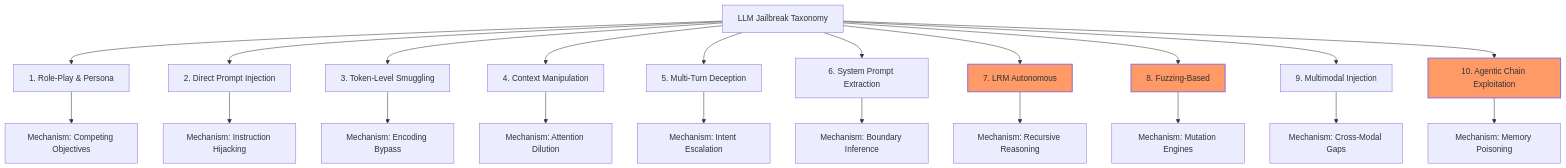
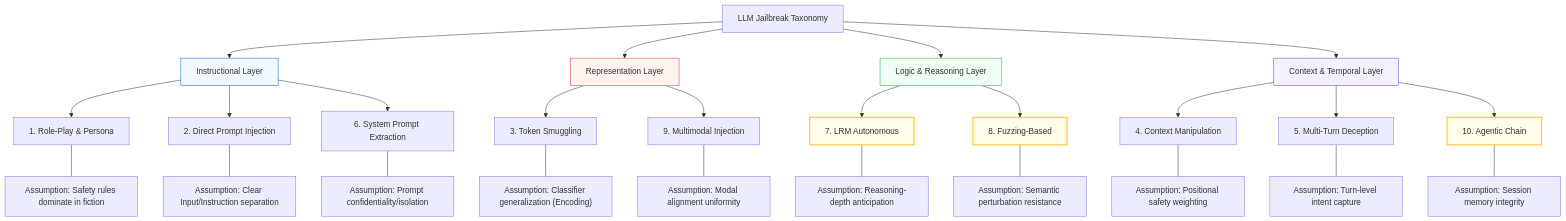
The diagram in README.md (zakky8/llm-jailbreak-taxonomy), drawn with Mermaid before and after one commit. The commit also changed other lines of this file, not shown here.

Commit message:
docs: redesign taxonomy roadmap to group layers and map safety assumptions

````diff
--- a/README.md
+++ b/README.md
@@ -20,28 +20,41 @@
 ```mermaid
 graph TD
-    Root[LLM Jailbreak Taxonomy] --> Cat1[1. Role-Play & Persona]
-    Root --> Cat2[2. Direct Prompt Injection]
-    Root --> Cat3[3. Token-Level Smuggling]
-    Root --> Cat4[4. Context Manipulation]
-    Root --> Cat5[5. Multi-Turn Deception]
-    Root --> Cat6[6. System Prompt Extraction]
-    Root --> Cat7[7. LRM Autonomous]
-    Root --> Cat8[8. Fuzzing-Based]
-    Root --> Cat9[9. Multimodal Injection]
-    Root --> Cat10[10. Agentic Chain Exploitation]
+    Root[LLM Jailbreak Taxonomy] --> IL[Instructional Layer]
+    Root --> RL[Representation Layer]
+    Root --> LL[Logic & Reasoning Layer]
+    Root --> CTL[Context & Temporal Layer]
 
-    Cat1 --> RP_M[Mechanism: Competing Objectives]
-    Cat2 --> PI_M[Mechanism: Instruction Hijacking]
-    Cat3 --> TS_M[Mechanism: Encoding Bypass]
-    Cat4 --> CM_M[Mechanism: Attention Dilution]
-    Cat5 --> MT_M[Mechanism: Intent Escalation]
-    Cat6 --> SE_M[Mechanism: Boundary Inference]
-    Cat7 --> LRM_M[Mechanism: Recursive Reasoning]
-    Cat8 --> FZ_M[Mechanism: Mutation Engines]
-    Cat9 --> MM_M[Mechanism: Cross-Modal Gaps]
-    Cat10 --> AG_M[Mechanism: Memory Poisoning]
+    IL --> Cat1[1. Role-Play & Persona]
+    IL --> Cat2[2. Direct Prompt Injection]
+    IL --> Cat6[6. System Prompt Extraction]
+
+    RL --> Cat3[3. Token Smuggling]
+    RL --> Cat9[9. Multimodal Injection]
+
+    LL --> Cat7[7. LRM Autonomous]
+    LL --> Cat8[8. Fuzzing-Based]
+
+    CTL --> Cat4[4. Context Manipulation]
+    CTL --> Cat5[5. Multi-Turn Deception]
+    CTL --> Cat10[10. Agentic Chain]
+
+    Cat1 --- A1["Assumption: Safety rules dominate in fiction"]
+    Cat2 --- A2["Assumption: Clear Input/Instruction separation"]
+    Cat6 --- A6["Assumption: Prompt confidentiality/isolation"]
+    Cat3 --- A3["Assumption: Classifier generalization (Encoding)"]
+    Cat9 --- A9["Assumption: Modal alignment uniformity"]
+    Cat7 --- A7["Assumption: Reasoning-depth anticipation"]
+    Cat8 --- A8["Assumption: Semantic perturbation resistance"]
+    Cat4 --- A4["Assumption: Positional safety weighting"]
+    Cat5 --- A5["Assumption: Turn-level intent capture"]
+    Cat10 --- A10["Assumption: Session memory integrity"]
+
+    style IL fill:#f1f8ff,stroke:#0366d6
+    style RL fill:#fff5f0,stroke:#d73a49
+    style LL fill:#f0fff4,stroke:#28a745
+    style CTL fill:#f5f0ff,stroke:#6f42c1
     
-    style Cat7 fill:#f96,stroke:#333Internal,stroke-width:2px
-    style Cat8 fill:#f96,stroke:#333Internal,stroke-width:2px
-    style Cat10 fill:#f96,stroke:#333Internal,stroke-width:2px
+    style Cat7 fill:#fffde7,stroke:#fbc02d,stroke-width:2px
+    style Cat8 fill:#fffde7,stroke:#fbc02d,stroke-width:2px
+    style Cat10 fill:#fffde7,stroke:#fbc02d,stroke-width:2px
 ```
````
